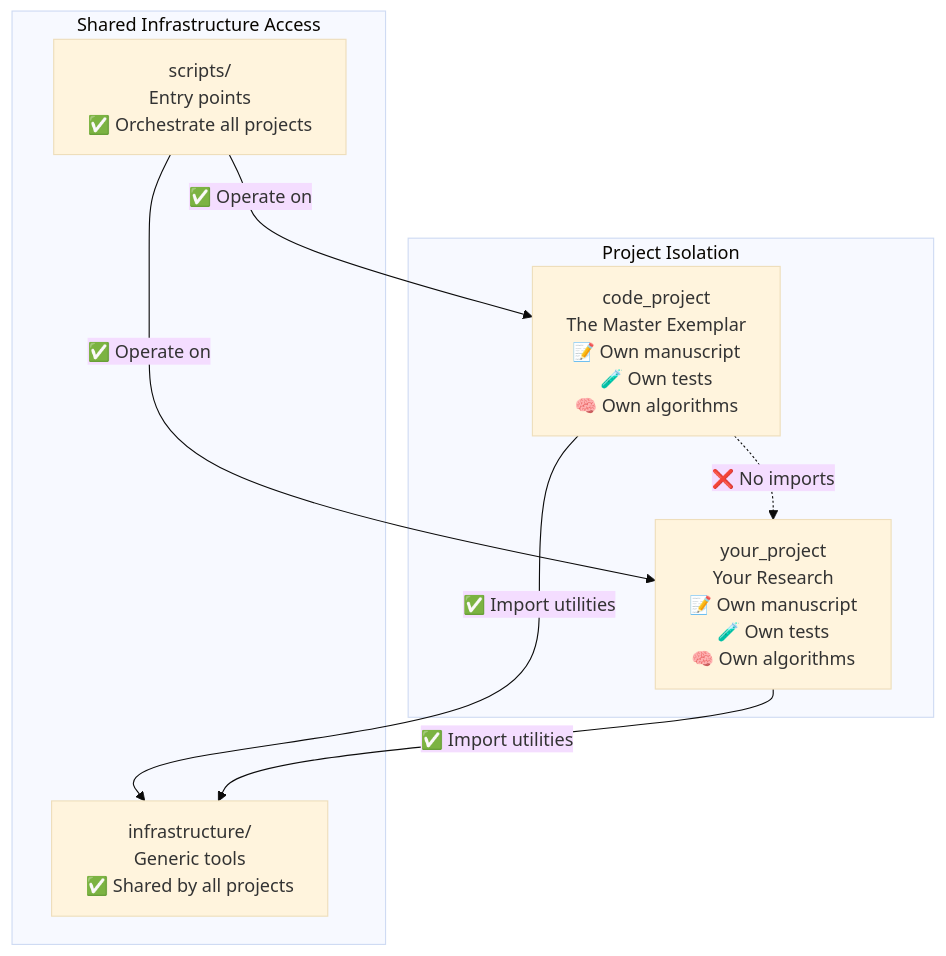
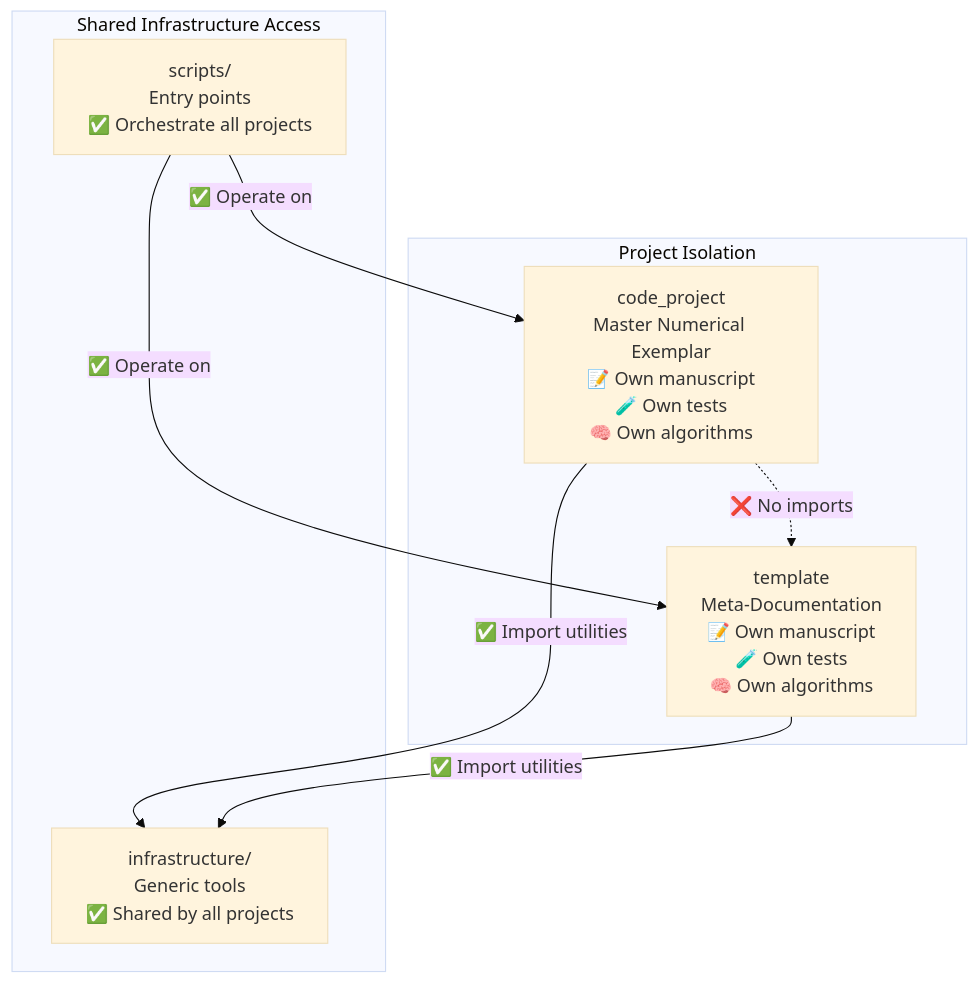
The first of 2 diagrams in projects/PROJECTS_PARADIGM.md (docxology/template), drawn with Mermaid (base theme) before and after one commit. The commit also changed 954 other files, not shown here.

````diff
--- a/projects/PROJECTS_PARADIGM.md
+++ b/projects/PROJECTS_PARADIGM.md
@@ -29,20 +29,20 @@
 ```mermaid
 graph TD
     subgraph "Project Isolation"
-        P1[code_project<br/>The Master Exemplar<br/>📝 Own manuscript<br/>🧪 Own tests<br/>🧠 Own algorithms]
-        P2[your_project<br/>Your Research<br/>📝 Own manuscript<br/>🧪 Own tests<br/>🧠 Own algorithms]
+        P1[code_project<br/>Master Numerical Exemplar<br/>📝 Own manuscript<br/>🧪 Own tests<br/>🧠 Own algorithms]
+        P2[template<br/>Meta-Documentation<br/>📝 Own manuscript<br/>🧪 Own tests<br/>🧠 Own algorithms]
 
         P1 -.->|❌ No imports| P2
     end
 
     subgraph "Shared Infrastructure Access"
         INFRA[infrastructure/<br/>Generic tools<br/>✅ Shared by all projects]
         SCRIPTS[scripts/<br/>Entry points<br/>✅ Orchestrate all projects]
 
         P1 -->|✅ Import utilities| INFRA
         P2 -->|✅ Import utilities| INFRA
 
         SCRIPTS -->|✅ Operate on| P1
         SCRIPTS -->|✅ Operate on| P2
     end
 ```
````
